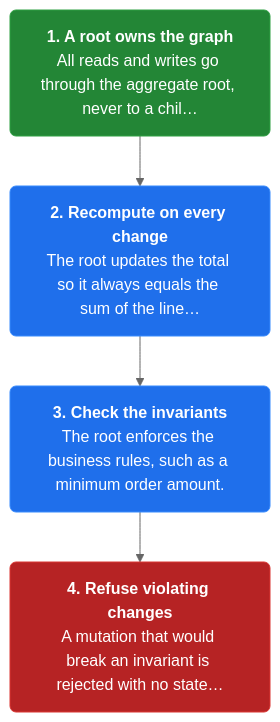
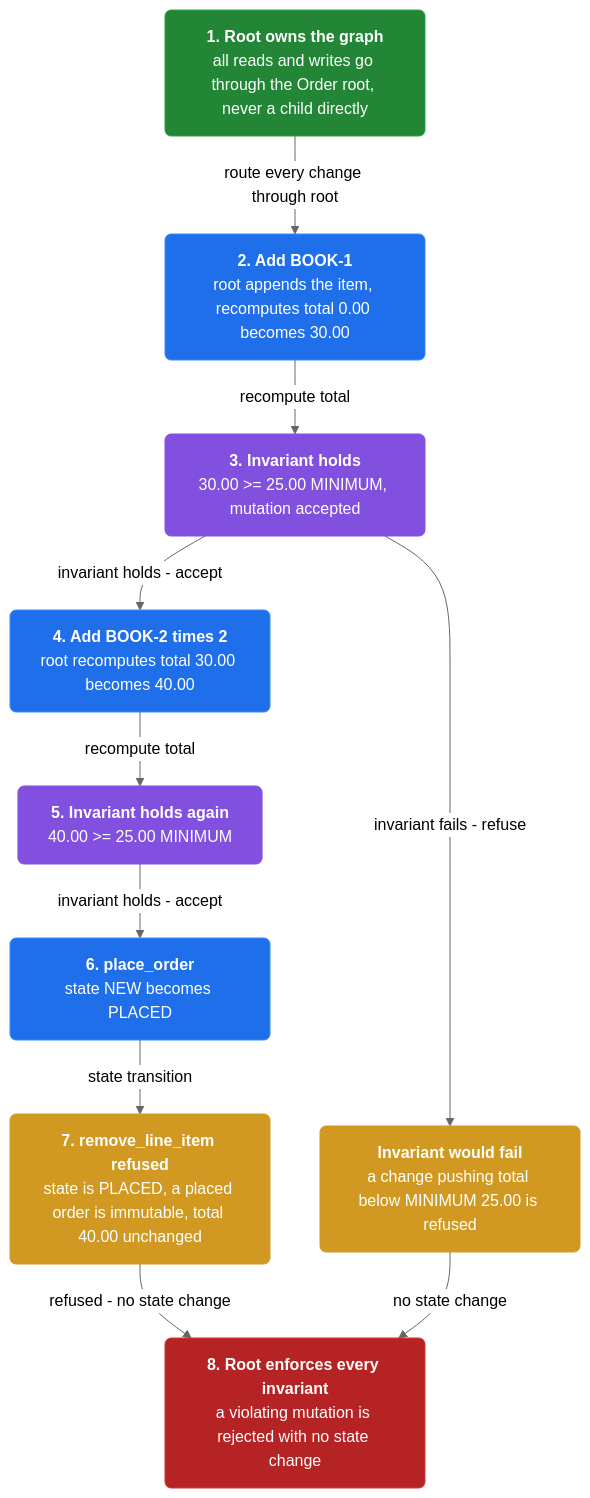
Before and after one commit to vinayakuber/microservices-io-study-guide: the second of 3 diagrams in docs/ch16-aggregate.md, drawn with Mermaid (neutral theme). The commit also changed other lines of this file and 46 other files, not shown here.

First line of the commit message:
Author rich branching flow diagrams for all 44 chapters

````diff
--- a/docs/ch16-aggregate.md
+++ b/docs/ch16-aggregate.md
@@ -51,13 +62,26 @@
 ```mermaid
 flowchart TD
-  classDef step fill:#1f6feb,color:#ffffff,stroke:#388bfd,stroke-width:1px,rx:6
+  classDef step fill:#1f6feb,color:#ffffff,stroke:#388bfd,rx:6
+  classDef core fill:#8250df,color:#ffffff,stroke:#8250df,rx:6
+  classDef warn fill:#d29922,color:#ffffff,stroke:#d29922,rx:6
   classDef start fill:#238636,color:#ffffff,stroke:#2ea043,rx:6
   classDef stop fill:#b62324,color:#ffffff,stroke:#da3633,rx:6
-  s1n0["<b>1. A root owns the graph</b><br/>All reads and writes go through the aggregate root, never to a chil…"]:::start
-  s1n1["<b>2. Recompute on every change</b><br/>The root updates the total so it always equals the sum of the line…"]:::step
-  s1n2["<b>3. Check the invariants</b><br/>The root enforces the business rules, such as a minimum order amount."]:::step
-  s1n3["<b>4. Refuse violating changes</b><br/>A mutation that would break an invariant is rejected with no state…"]:::stop
-  s1n0 --> s1n1
-  s1n1 --> s1n2
-  s1n2 --> s1n3
+  n0["<b>1. Root owns the graph</b><br/>all reads and writes go through the Order root, never a child directly"]:::start
+  n1["<b>2. Add BOOK-1</b><br/>root appends the item, recomputes total 0.00 becomes 30.00"]:::step
+  n2["<b>3. Invariant holds</b><br/>30.00 >= 25.00 MINIMUM, mutation accepted"]:::core
+  n3["<b>4. Add BOOK-2 times 2</b><br/>root recomputes total 30.00 becomes 40.00"]:::step
+  n4["<b>5. Invariant holds again</b><br/>40.00 >= 25.00 MINIMUM"]:::core
+  n5["<b>6. place_order</b><br/>state NEW becomes PLACED"]:::step
+  n6["<b>7. remove_line_item refused</b><br/>state is PLACED, a placed order is immutable, total 40.00 unchanged"]:::warn
+  n7["<b>8. Root enforces every invariant</b><br/>a violating mutation is rejected with no state change"]:::stop
+  n8["<b>Invariant would fail</b><br/>a change pushing total below MINIMUM 25.00 is refused"]:::warn
+  n0 -->|"route every change through root"| n1
+  n1 -->|"recompute total"| n2
+  n2 -->|"invariant holds - accept"| n3
+  n2 -->|"invariant fails - refuse"| n8
+  n3 -->|"recompute total"| n4
+  n4 -->|"invariant holds - accept"| n5
+  n5 -->|"state transition"| n6
+  n6 -->|"refused - no state change"| n7
+  n8 -->|"no state change"| n7
 ```
````
